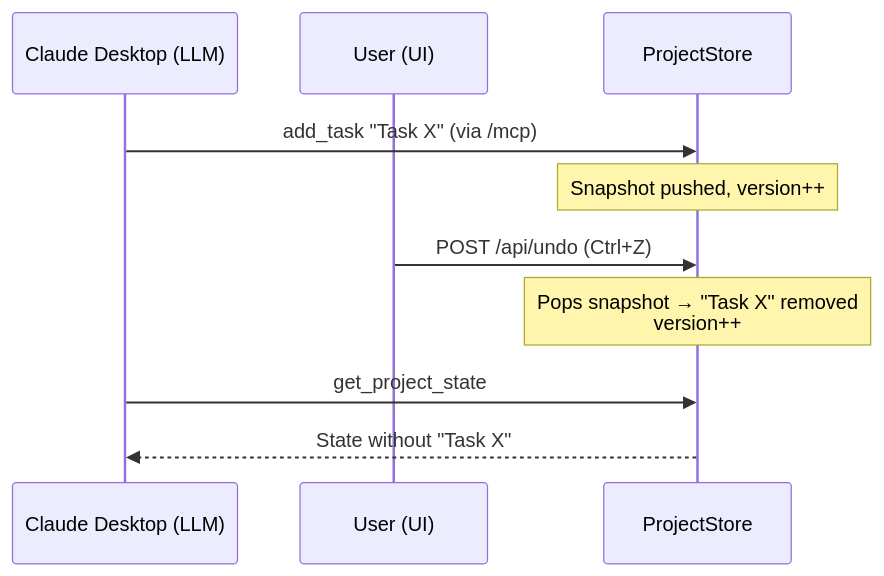
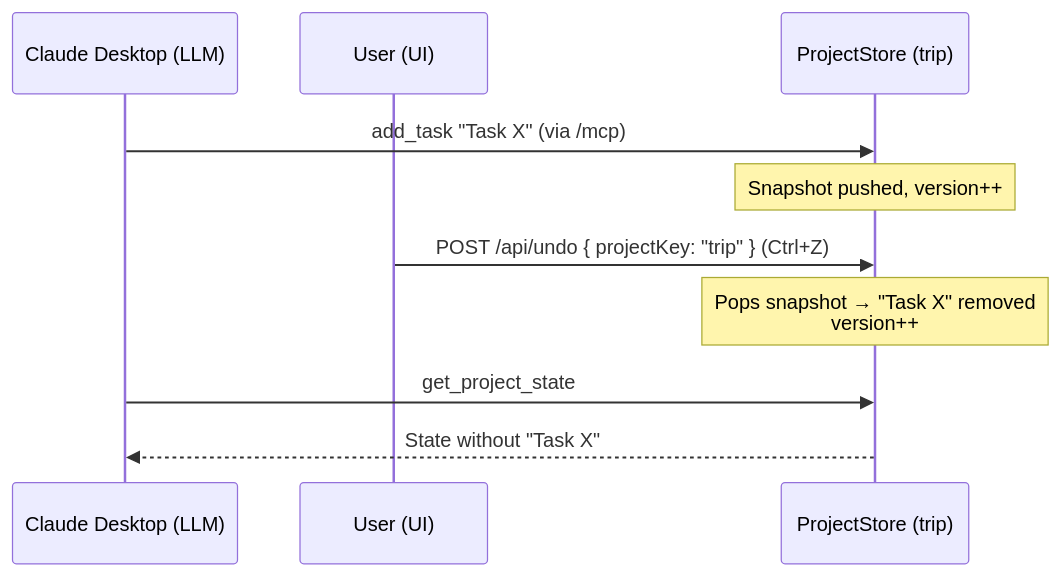
Before and after one commit to tantinlala/blossom-mcp: the sixth of 6 diagrams in docs/architecture/sequences.md, drawn with Mermaid. The commit also changed other lines of this file and 74 other files, not shown here.

````diff
--- a/docs/architecture/sequences.md
+++ b/docs/architecture/sequences.md
@@ -81,13 +142,13 @@
 ```mermaid
 sequenceDiagram
     participant L as Claude Desktop (LLM)
     participant U as User (UI)
-    participant S as ProjectStore
+    participant S as ProjectStore (trip)
 
     L->>S: add_task "Task X" (via /mcp)
     Note over S: Snapshot pushed, version++
-    U->>S: POST /api/undo (Ctrl+Z)
+    U->>S: POST /api/undo { projectKey: "trip" } (Ctrl+Z)
     Note over S: Pops snapshot → "Task X" removed<br/>version++
     L->>S: get_project_state
     S-->>L: State without "Task X"
 ```
````
